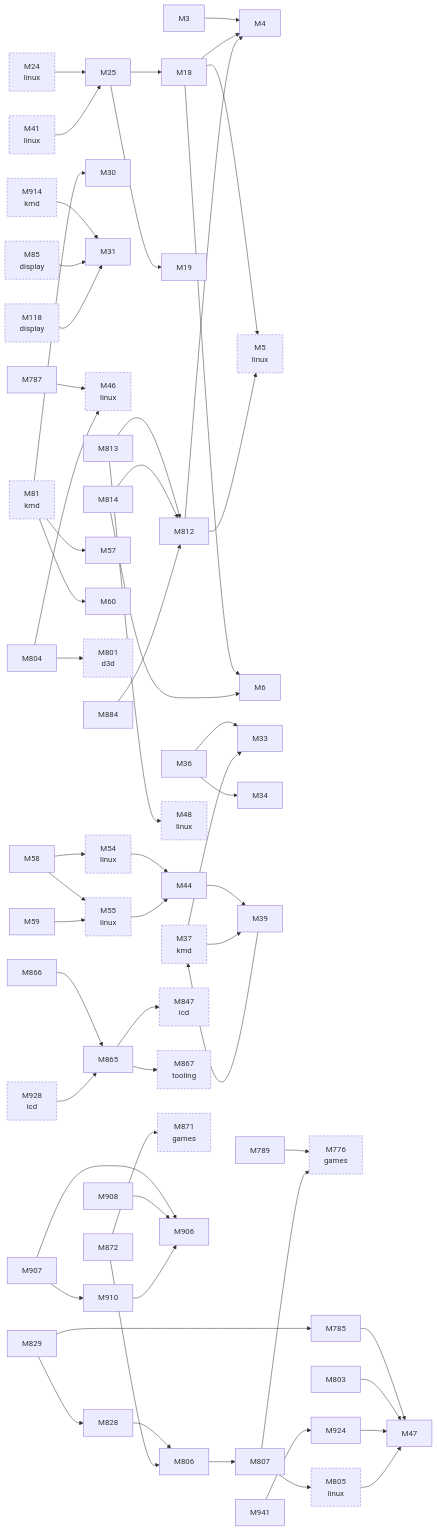
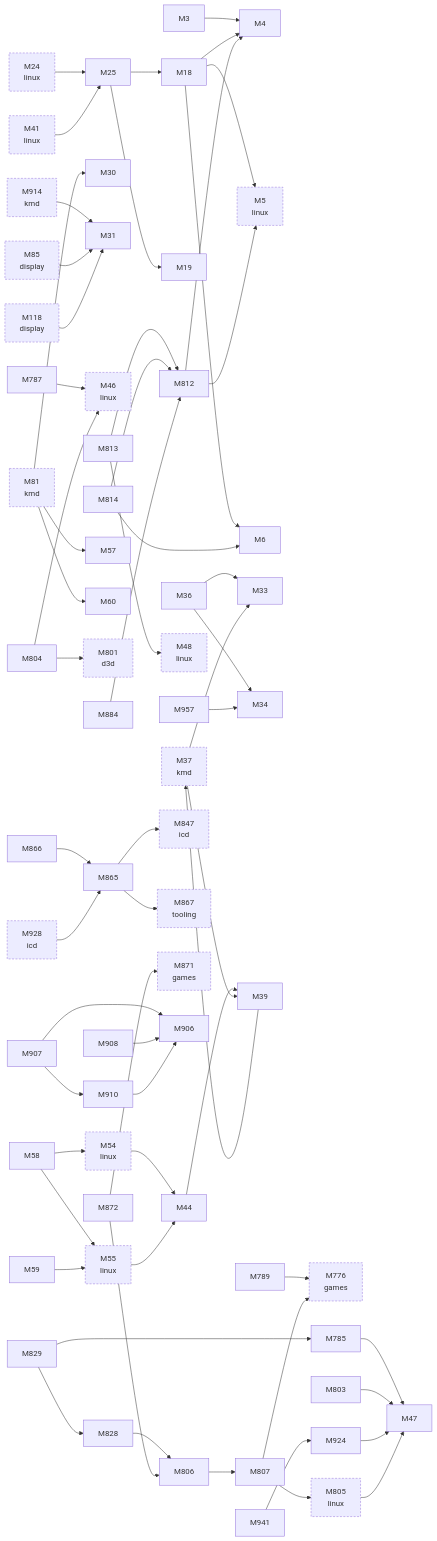
Before and after one commit to D-Ogi/amdgpu-wddm: the second of 3 diagrams in docs/facts/graphs/hardware.md, drawn with Mermaid. The commit also changed 5 other files, not shown here.

```diff
--- a/docs/facts/graphs/hardware.md
+++ b/docs/facts/graphs/hardware.md
@@ -147,6 +147,7 @@
   M924["M924"]
   M928["M928<br/>icd"]
   M941["M941"]
+  M957["M957"]
   M3 --> M4
   M18 --> M4
   M18 --> M5
@@ -190,6 +191,7 @@
   M910 --> M906
   M924 --> M47
   M941 --> M924
+  M957 --> M34
   M37 --> M33
   M37 --> M39
   M81 --> M30
```
